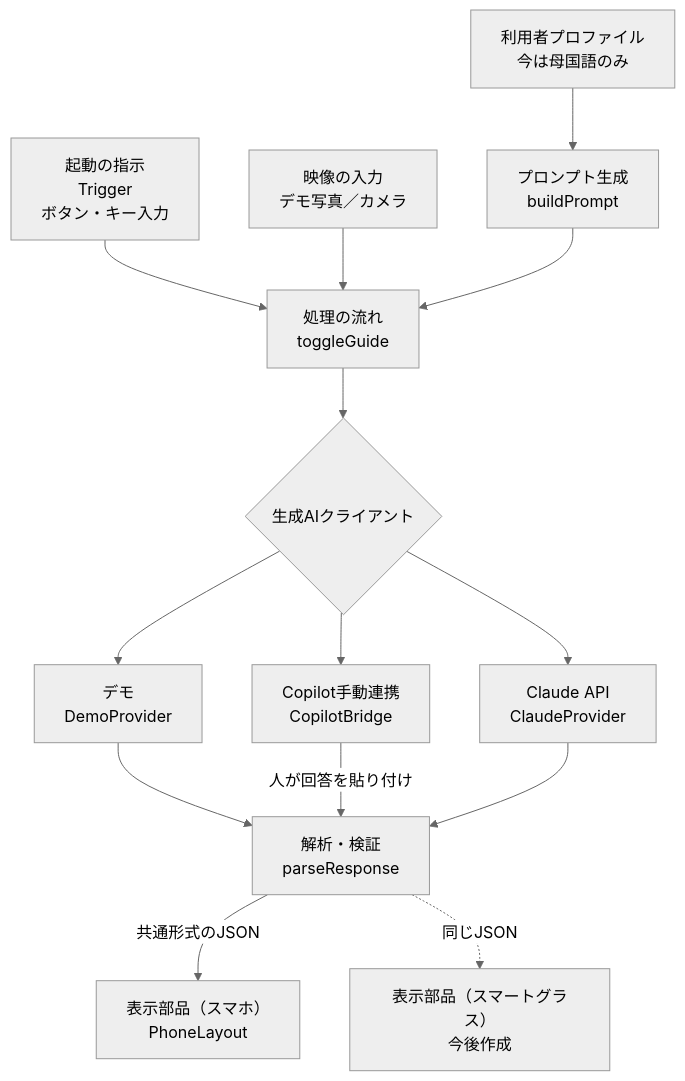
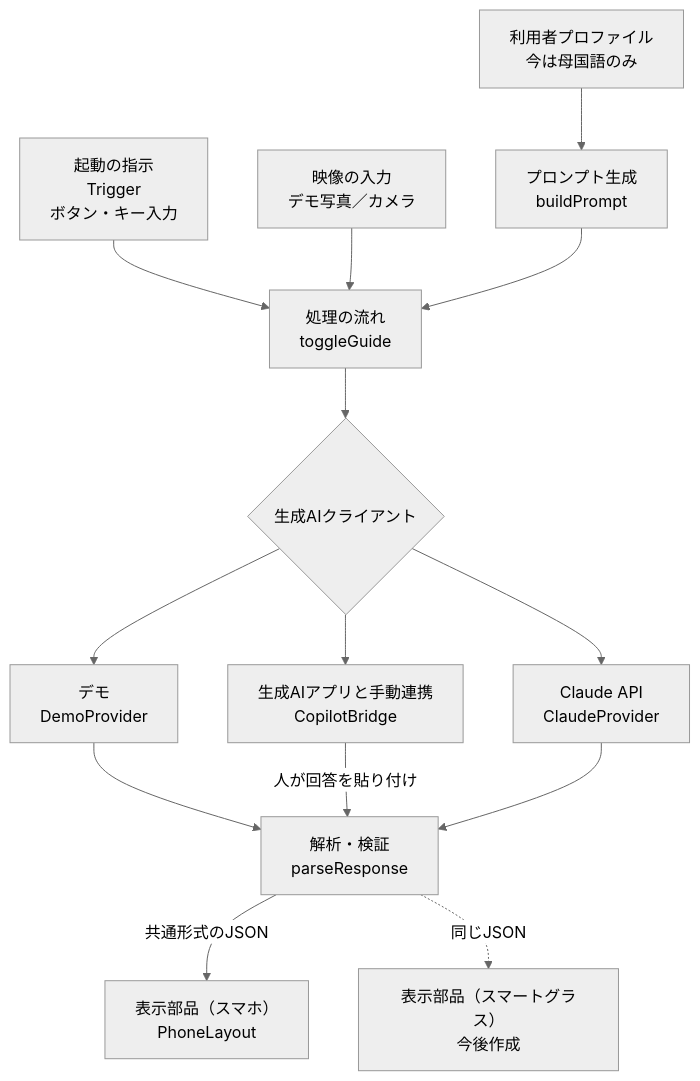
Before and after one commit to nagirs13-spec/station-guide1: the diagram in README.md, drawn with Mermaid (neutral theme). The commit also changed other lines of this file and 1 other file, not shown here.

````diff
--- a/README.md
+++ b/README.md
@@ -52,16 +56,16 @@
 ```mermaid
 flowchart TB
   T["起動の指示<br>Trigger<br>ボタン・キー入力"] --> F
   C["映像の入力<br>デモ写真／カメラ"] --> F
   P["利用者プロファイル<br>今は母国語のみ"] --> PR["プロンプト生成<br>buildPrompt"]
   PR --> F["処理の流れ<br>toggleGuide"]
   F --> AI{"生成AIクライアント"}
   AI --> D["デモ<br>DemoProvider"]
-  AI --> CB["Copilot手動連携<br>CopilotBridge"]
+  AI --> CB["生成AIアプリと手動連携<br>CopilotBridge"]
   AI --> CL["Claude API<br>ClaudeProvider"]
   D --> V
   CB -->|人が回答を貼り付け| V
   CL --> V["解析・検証<br>parseResponse"]
   V -->|共通形式のJSON| L1["表示部品（スマホ）<br>PhoneLayout"]
   V -.->|同じJSON| L2["表示部品（スマートグラス）<br>今後作成"]
 ```
````
